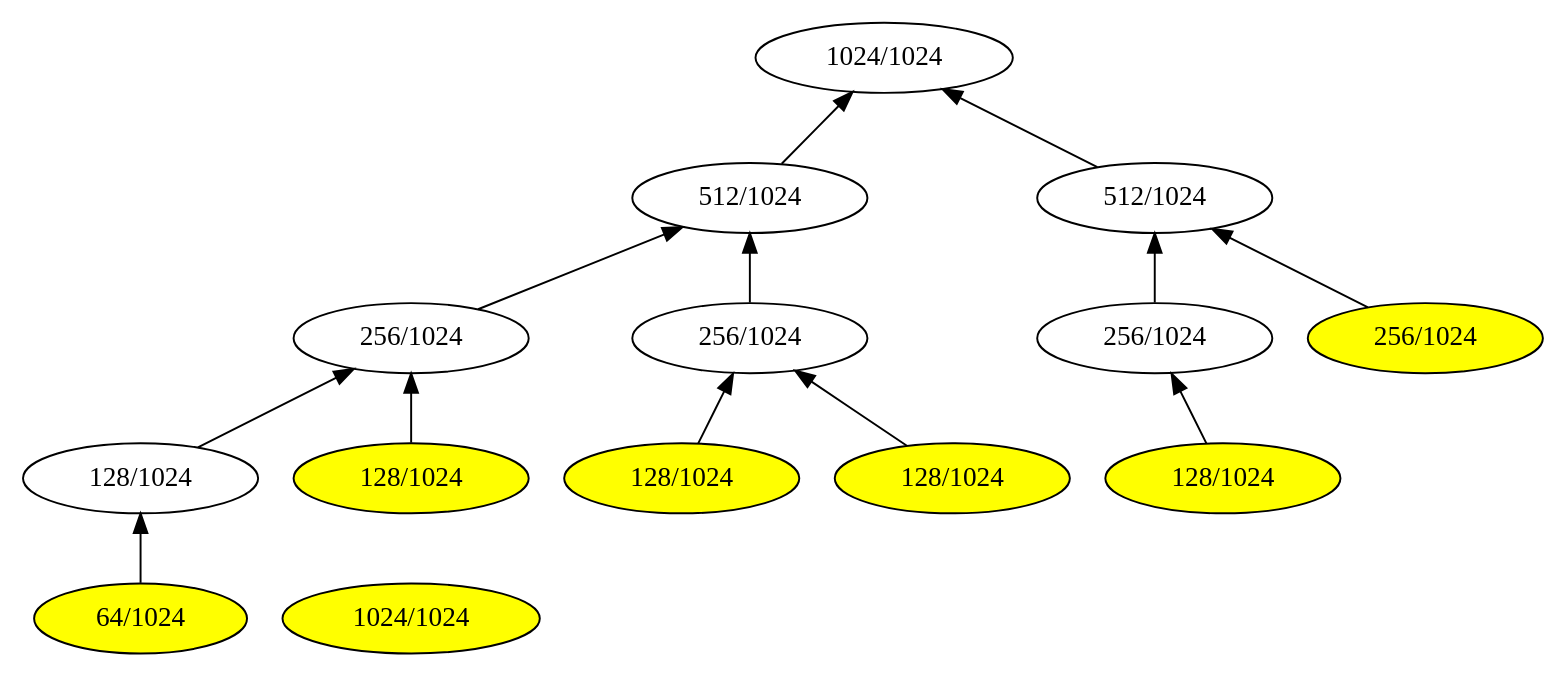
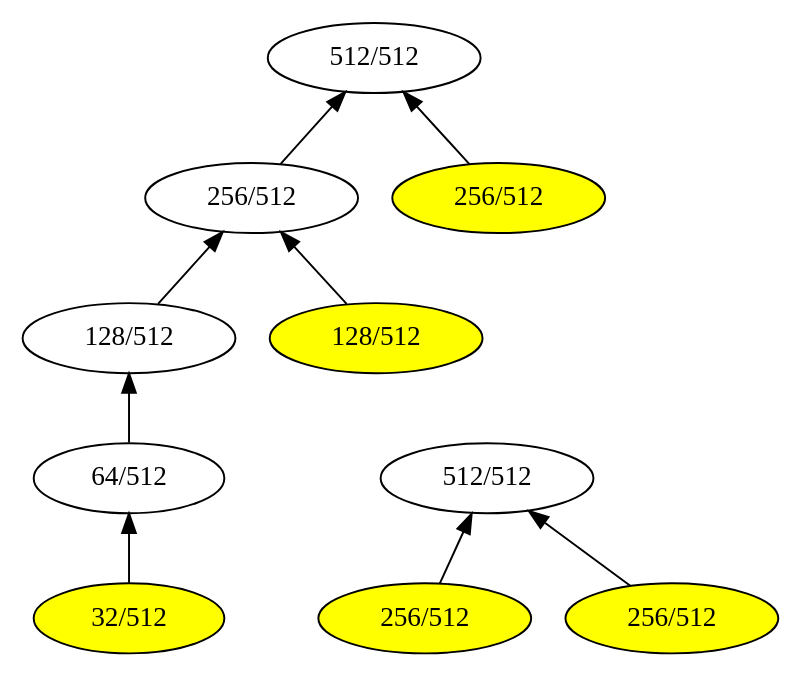
The diagram in GuiTool/image/Remia/RemiaHeapDot.dot (iitramar/guiTool), drawn with Graphviz before and after one commit. The commit also changed 48 other files, not shown here.

```diff
--- a/GuiTool/image/Remia/RemiaHeapDot.dot
+++ b/GuiTool/image/Remia/RemiaHeapDot.dot
@@ -1,36 +1,26 @@
 digraph G { 
 rankdir = BT;
-101[label= " 1024/1024 " ];
-202[label= " 512/1024 " ];
+101[label= " 512/512 " ];
+202[label= " 256/512 " ];
 202->101
-203[label= " 512/1024 " ];
+203[label= " 256/512 " ];
 203->101
-404[label= " 256/1024 " ];
+404[label= " 128/512 " ];
 404->202
-405[label= " 256/1024 " ];
+405[label= " 128/512 " ];
 405->202
-808[label= " 128/1024 " ];
+808[label= " 64/512 " ];
 808->404
-809[label= " 128/1024 " ];
-809->404
-1616[label= " 64/1024 " ];
+1616[label= " 32/512 " ];
 1616->808
 1616[style=filled, fillcolor=yellow];
-809[style=filled, fillcolor=yellow];
-810[label= " 128/1024 " ];
-810->405
-811[label= " 128/1024 " ];
-811->405
-810[style=filled, fillcolor=yellow];
-811[style=filled, fillcolor=yellow];
-406[label= " 256/1024 " ];
-406->203
-407[label= " 256/1024 " ];
-407->203
-812[label= " 128/1024 " ];
-812->406
-812[style=filled, fillcolor=yellow];
-407[style=filled, fillcolor=yellow];
-201[label= " 1024/1024 " ];
-201[style=filled, fillcolor=yellow];
+405[style=filled, fillcolor=yellow];
+203[style=filled, fillcolor=yellow];
+201[label= " 512/512 " ];
+402[label= " 256/512 " ];
+402->201
+403[label= " 256/512 " ];
+403->201
+402[style=filled, fillcolor=yellow];
+403[style=filled, fillcolor=yellow];
 }
```
